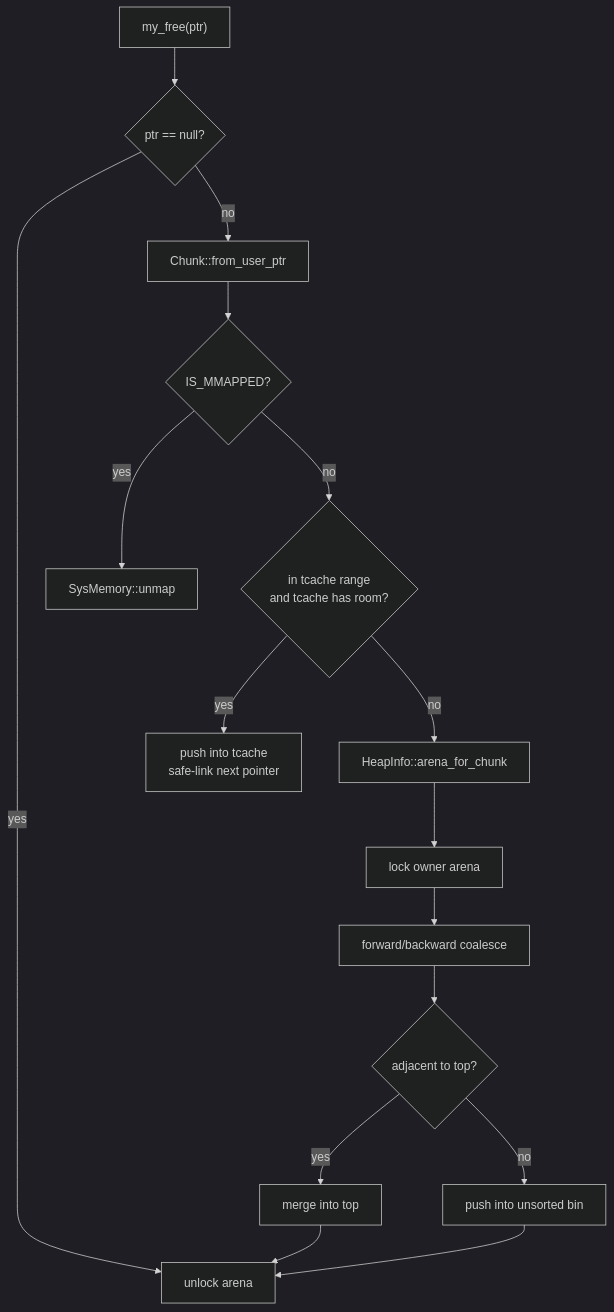
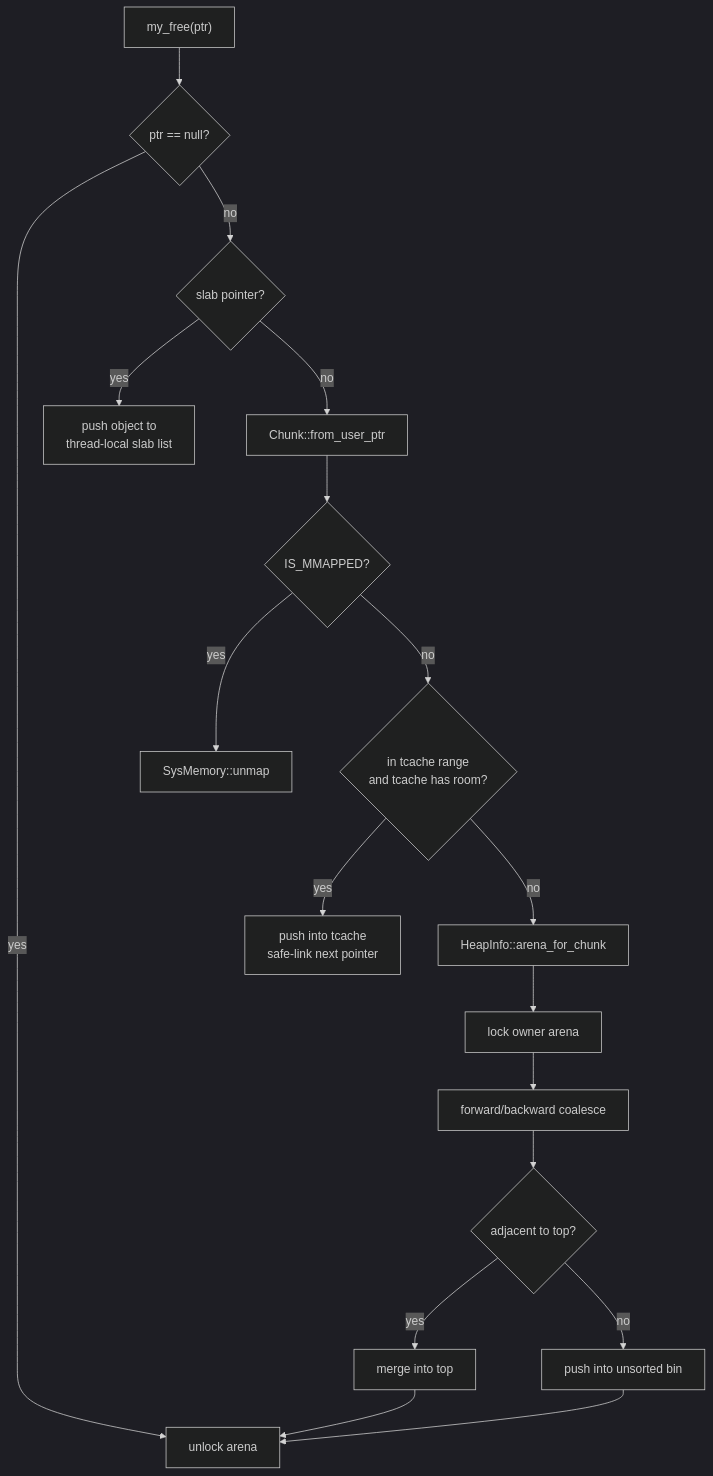
Before and after one commit to sdsasf/my_malloc: the eighth of 11 diagrams in docs/allocator_design.md, drawn with Mermaid (dark theme). The commit also changed other lines of this file and 7 other files, not shown here.

Commit message:
Add small-object slab fast path

````diff
--- a/docs/allocator_design.md
+++ b/docs/allocator_design.md
@@ -253,27 +324,31 @@
 ```mermaid
 flowchart TD
     Start["my_free(ptr)"]
     Null{"ptr == null?"}
+    Slab{"slab pointer?"}
+    SlabFree["push object to<br/>thread-local slab list"]
     Chunk["Chunk::from_user_ptr"]
     Mmap{"IS_MMAPPED?"}
     Unmap["SysMemory::unmap"]
     TRange{"in tcache range<br/>and tcache has room?"}
     TPut["push into tcache<br/>safe-link next pointer"]
     Owner["HeapInfo::arena_for_chunk"]
     Lock["lock owner arena"]
     Coalesce["forward/backward coalesce"]
     Top{"adjacent to top?"}
     MergeTop["merge into top"]
     Unsorted["push into unsorted bin"]
     Unlock["unlock arena"]
 
     Start --> Null
     Null -- yes --> Unlock
-    Null -- no --> Chunk --> Mmap
+    Null -- no --> Slab
+    Slab -- yes --> SlabFree
+    Slab -- no --> Chunk --> Mmap
     Mmap -- yes --> Unmap
     Mmap -- no --> TRange
     TRange -- yes --> TPut
     TRange -- no --> Owner --> Lock --> Coalesce --> Top
     Top -- yes --> MergeTop --> Unlock
     Top -- no --> Unsorted --> Unlock
 ```
````
